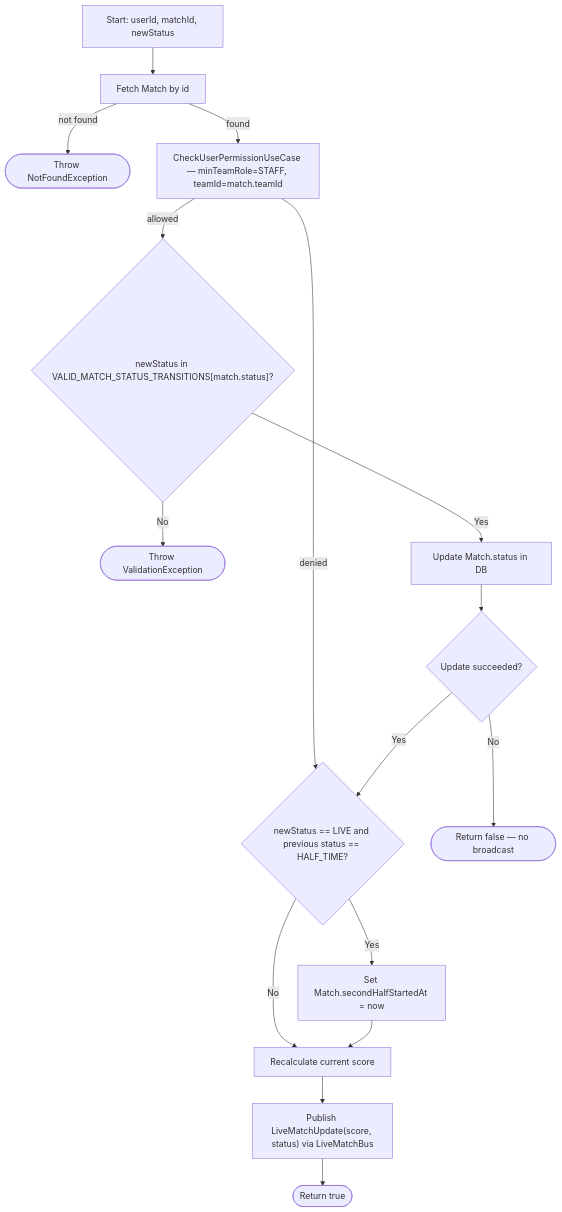
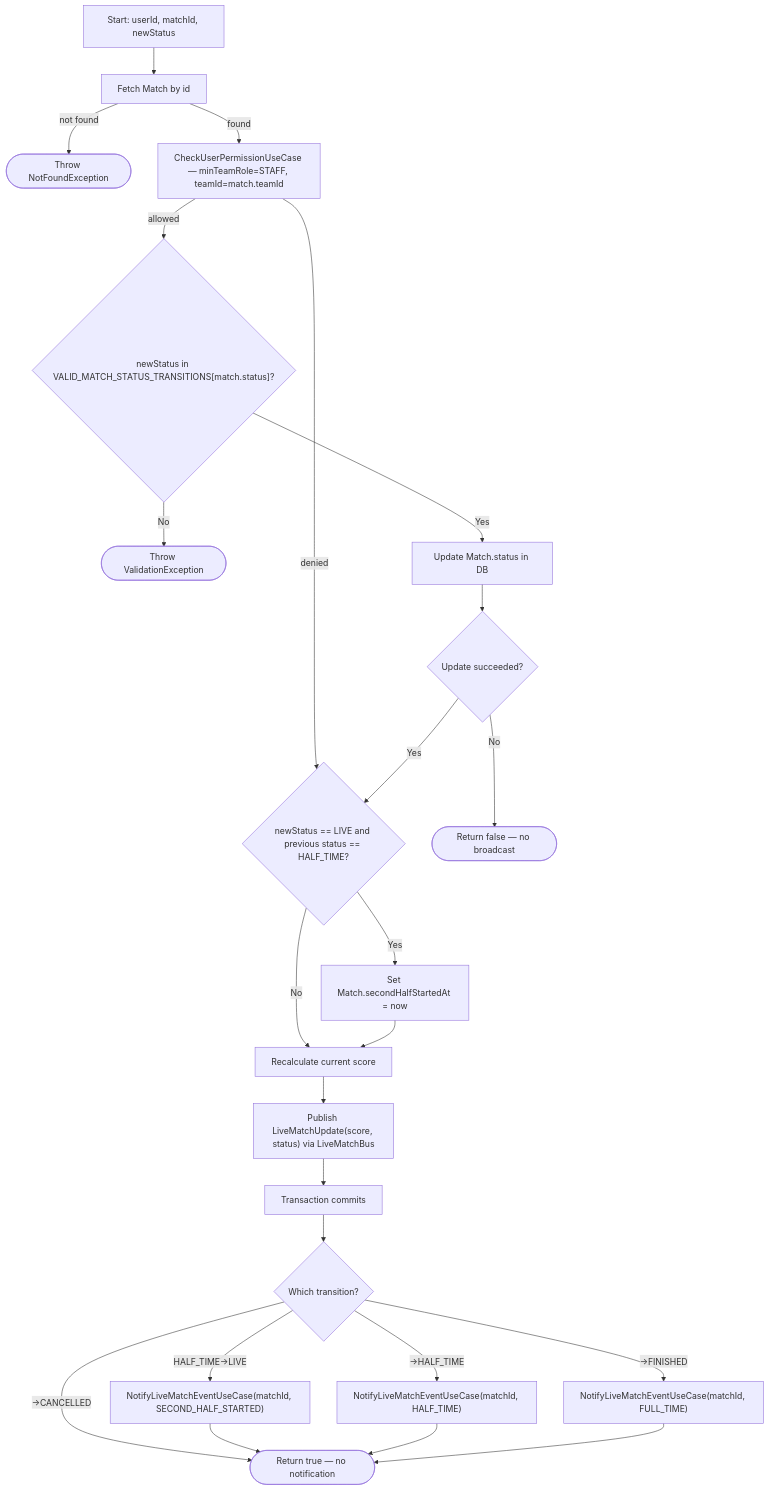
One commit to ricardofrango/squadify changed diagram 41 of 48 in PROCESS_FLOWS.md. Above: the diagram before and after it, drawn with Mermaid. The commit also changed other lines of this file and 15 other files, not shown here.

````diff
--- a/PROCESS_FLOWS.md
+++ b/PROCESS_FLOWS.md
@@ -859,18 +865,26 @@
 ```mermaid
 graph TD
     A[Start: userId, matchId, newStatus] --> B[Fetch Match by id]
     B -- not found --> N(["Throw NotFoundException"])
     B -- found --> C[CheckUserPermissionUseCase — minTeamRole=STAFF, teamId=match.teamId]
     C -- denied --> F(["Throw ForbiddenException"])
     C -- allowed --> T{"newStatus in VALID_MATCH_STATUS_TRANSITIONS[match.status]?"}
     T -- No --> V(["Throw ValidationException"])
     T -- Yes --> D[Update Match.status in DB]
     D --> E{Update succeeded?}
     E -- No --> R1(["Return false — no broadcast"])
     E -- Yes --> F{"newStatus == LIVE and previous status == HALF_TIME?"}
     F -- Yes --> F2["Set Match.secondHalfStartedAt = now"]
     F -- No --> G
     F2 --> G[Recalculate current score]
     G --> H["Publish LiveMatchUpdate(score, status) via LiveMatchBus"]
-    H --> R2(["Return true"])
+    H --> R2b["Transaction commits"]
+    R2b --> R3{"Which transition?"}
+    R3 -- "HALF_TIME→LIVE" --> R4["NotifyLiveMatchEventUseCase(matchId, SECOND_HALF_STARTED)"]
+    R3 -- "→HALF_TIME" --> R5["NotifyLiveMatchEventUseCase(matchId, HALF_TIME)"]
+    R3 -- "→FINISHED" --> R6["NotifyLiveMatchEventUseCase(matchId, FULL_TIME)"]
+    R3 -- "→CANCELLED" --> R2(["Return true — no notification"])
+    R4 --> R2
+    R5 --> R2
+    R6 --> R2
 ```
````
